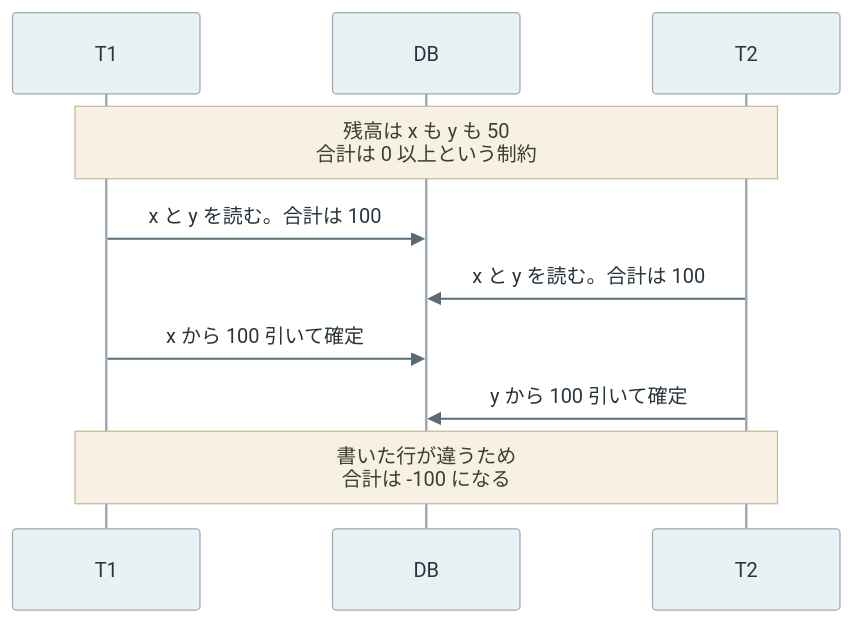
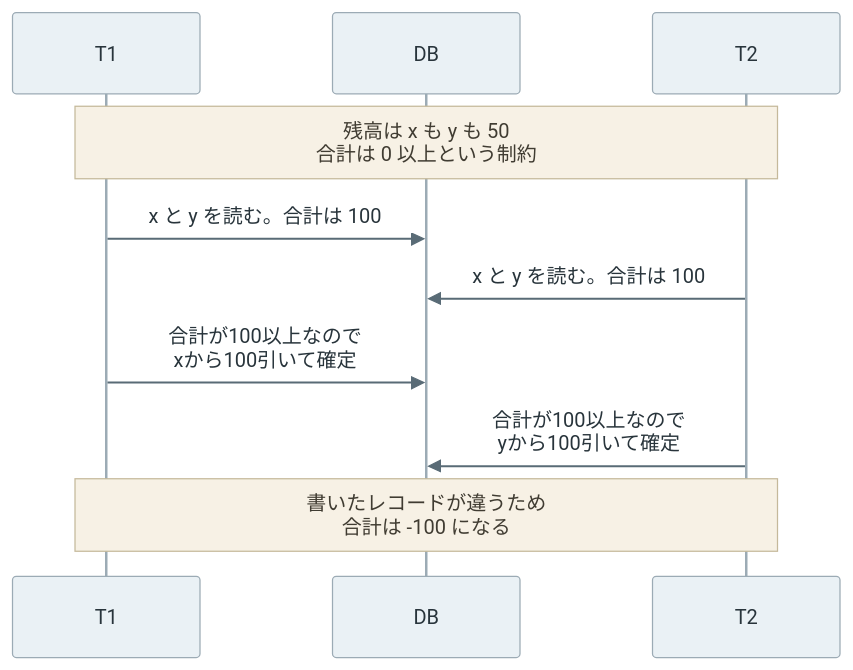
Before and after one commit to nao1215/debimate: the third of 4 diagrams in content/notes/database-systems/snapshot-isolation/index.md, drawn with Mermaid. The commit also changed other lines of this file and 125 other files, not shown here.

````diff
--- a/content/notes/database-systems/snapshot-isolation/index.md
+++ b/content/notes/database-systems/snapshot-isolation/index.md
@@ -84,13 +88,13 @@
 ```mermaid
 %%{init: {"theme":"base","themeVariables":{"primaryColor":"#eaf1f5","primaryTextColor":"#28343b","primaryBorderColor":"#9cabb5","lineColor":"#596b76","textColor":"#28343b","actorBkg":"#eaf1f5","actorBorder":"#9cabb5","actorTextColor":"#28343b","actorLineColor":"#9cabb5","signalColor":"#596b76","signalTextColor":"#28343b","noteBkgColor":"#f7f1e5","noteBorderColor":"#c5b99b","noteTextColor":"#403c32","activationBkgColor":"#edf3ef","activationBorderColor":"#9aafa1"}}}%%
 sequenceDiagram
     participant T1 as T1
     participant D as DB
     participant T2 as T2
     Note over T1,T2: 残高は x も y も 50<br/>合計は 0 以上という制約
     T1->>D: x と y を読む。合計は 100
     T2->>D: x と y を読む。合計は 100
-    T1->>D: x から 100 引いて確定
-    T2->>D: y から 100 引いて確定
-    Note over T1,T2: 書いた行が違うため<br/>合計は -100 になる
+    T1->>D: 合計が100以上なので<br/>xから100引いて確定
+    T2->>D: 合計が100以上なので<br/>yから100引いて確定
+    Note over T1,T2: 書いたレコードが違うため<br/>合計は -100 になる
 ```
````
